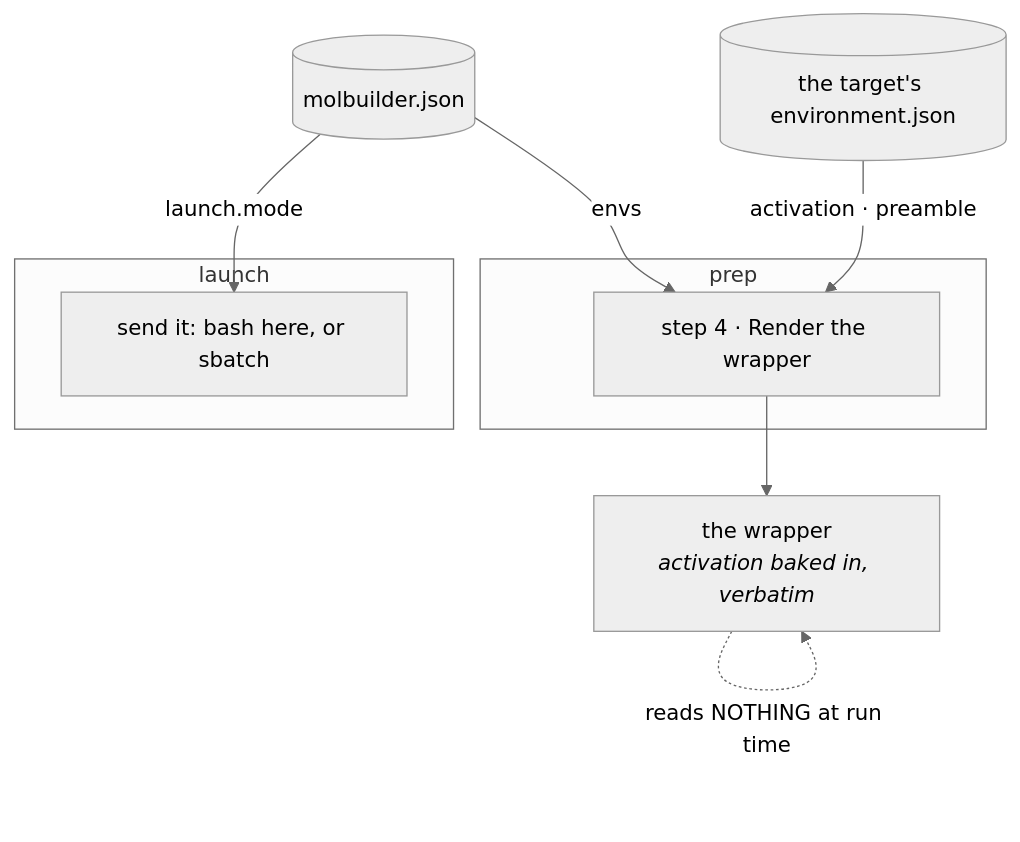
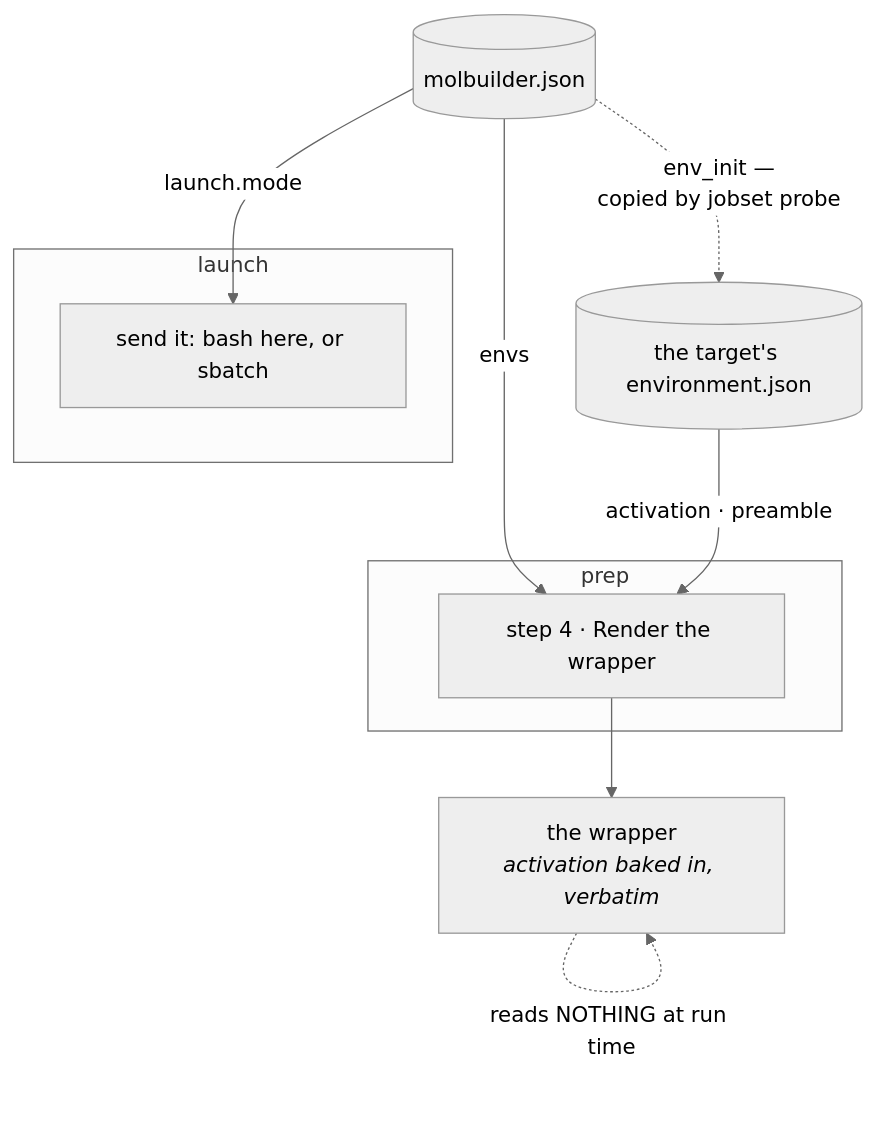
The eighth of 10 diagrams in docs/execution/architecture.md (Qing-LAB/molbuilder), drawn with Mermaid (neutral theme) before and after one commit. The commit also changed other lines of this file and 78 other files, not shown here.

````diff
--- a/docs/execution/architecture.md
+++ b/docs/execution/architecture.md
@@ -1052,16 +1041,17 @@
 ```mermaid
 flowchart TB
     C[("molbuilder.json")]
     E[("the target's environment.json")]
     subgraph PREP["prep"]
       S4["step 4 · Render the wrapper"]
     end
     subgraph SUB["launch"]
       H["send it: bash here, or sbatch"]
     end
     W["the wrapper<br/><i>activation baked in, verbatim</i>"]
     C -->|"envs"| S4
+    C -.->|"env_init —<br/>copied by jobset probe"| E
     E -->|"activation · preamble"| S4 --> W
     C -->|"launch.mode"| H
     W -.->|"reads NOTHING at run time"| W
 ```
````
